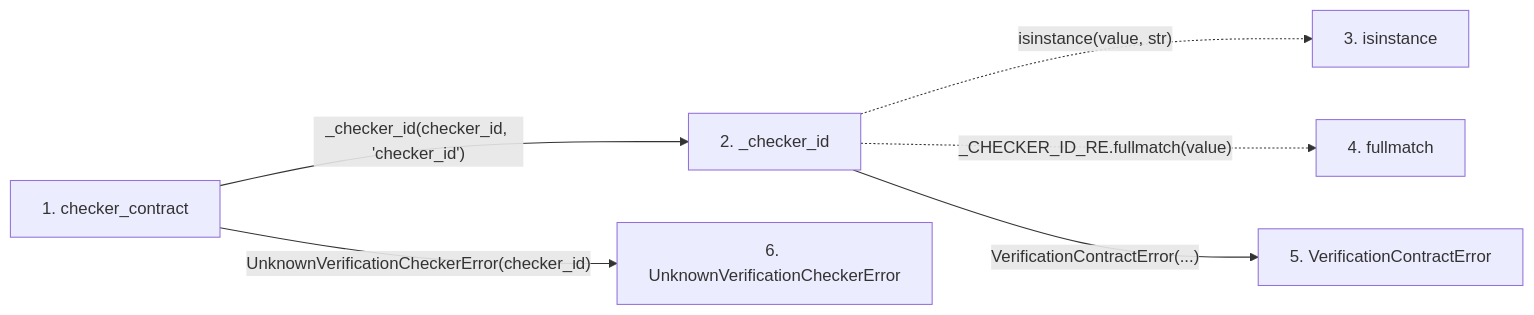
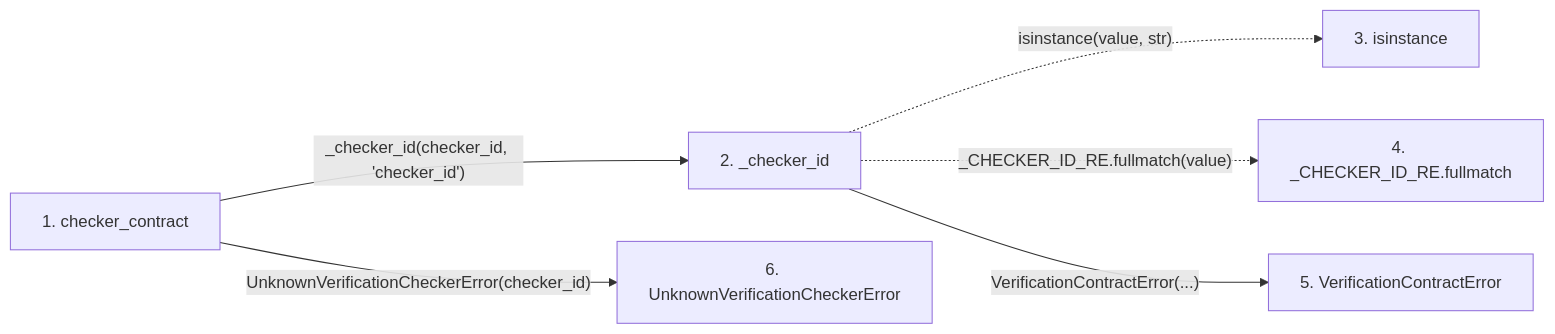
Before and after one commit to Denissvgn/python-wiki-llm: the second of 2 diagrams in docs/llm_wiki/flows/api-checker_contract.md, drawn with Mermaid. The commit also changed other lines of this file and 719 other files, not shown here.

````diff
--- a/docs/llm_wiki/flows/api-checker_contract.md
+++ b/docs/llm_wiki/flows/api-checker_contract.md
@@ -28,18 +28,18 @@
 ```mermaid
 flowchart LR
     s1["1. checker_contract"]
     s2["2. _checker_id"]
     s3["3. isinstance"]
-    s4["4. fullmatch"]
+    s4["4. _CHECKER_ID_RE.fullmatch"]
     s5["5. VerificationContractError"]
     s6["6. UnknownVerificationCheckerError"]
     s1 -->|"_checker_id(checker_id, 'checker_id')"| s2
     s2 -. "isinstance(value, str)" .-> s3
     s2 -. "_CHECKER_ID_RE.fullmatch(value)" .-> s4
     s2 -->|"VerificationContractError(...)"| s5
     s1 -->|"UnknownVerificationCheckerError(checker_id)"| s6
     click s1 "../modules/verification_contracts.md"
     click s2 "../modules/verification_contracts.md"
     click s5 "../modules/verification_contracts.md"
     click s6 "../modules/verification_contracts.md"
 ```
````
